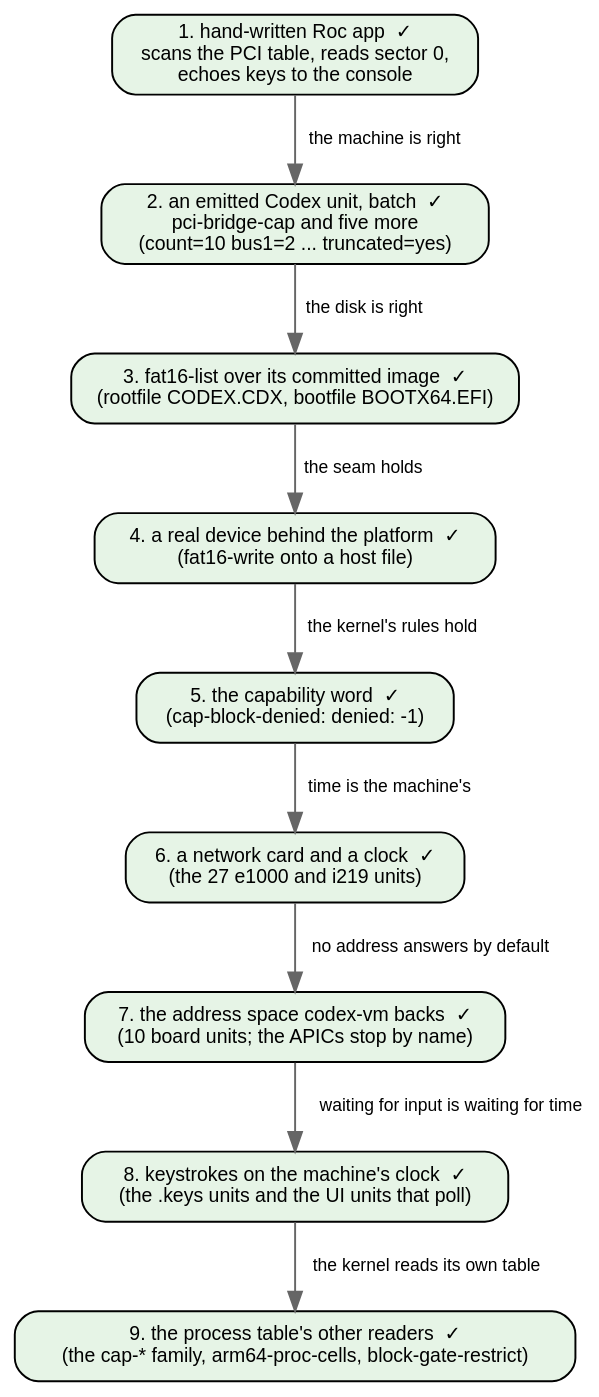
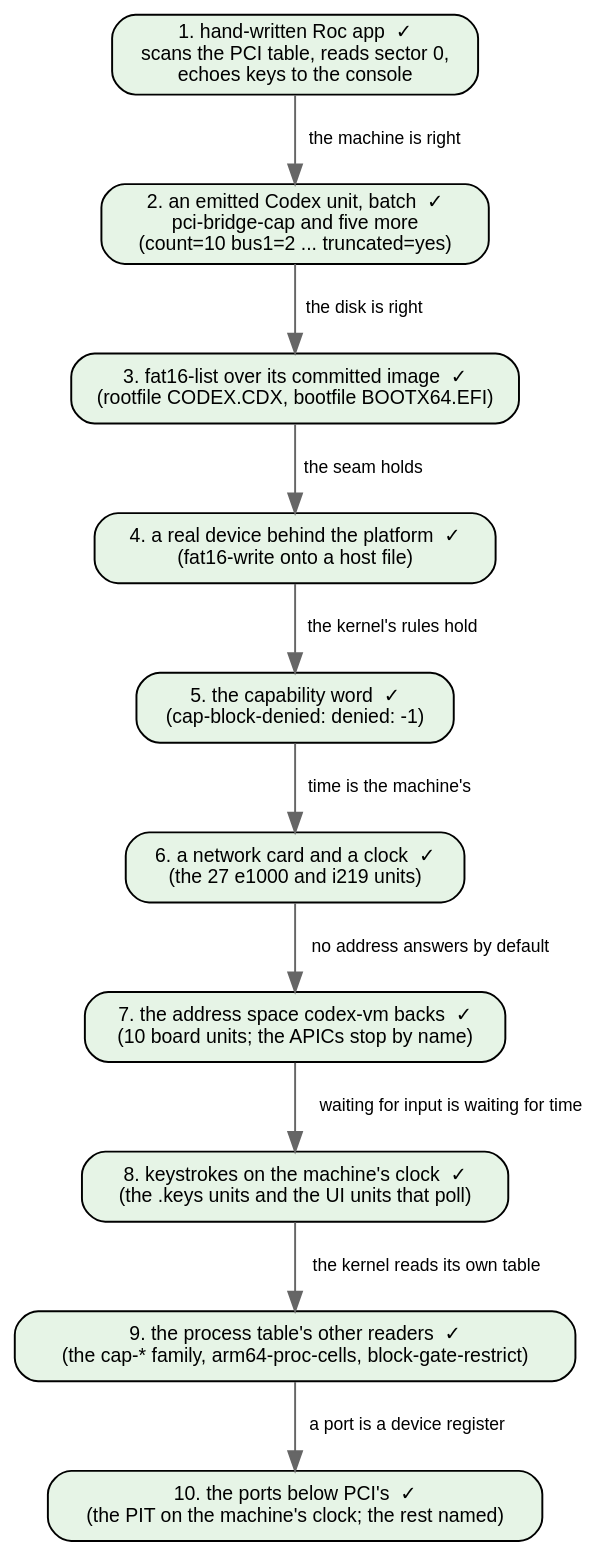
Before and after one commit to showell/essay-repl-server: diagram 11 of 11 in notes/roc-machine-emulator.md, drawn with Graphviz. The commit also changed other lines of this file, not shown here.

First line of the commit message:
roc-machine-emulator: step 10, the ports below PCI's

````diff
--- a/notes/roc-machine-emulator.md
+++ b/notes/roc-machine-emulator.md
@@ -726,25 +767,27 @@
 ```dot
 digraph demo {
   rankdir=TB; bgcolor="transparent";
   node [shape=box style="rounded,filled" fontname="Helvetica" fontsize=10 fillcolor="#ffffff"];
   edge [fontname="Helvetica" fontsize=9 color="#666666"];
 
   a [label="1. hand-written Roc app  ✓\nscans the PCI table, reads sector 0,\nechoes keys to the console" fillcolor="#e6f4e6"];
   b [label="2. an emitted Codex unit, batch  ✓\npci-bridge-cap and five more\n(count=10 bus1=2 ... truncated=yes)" fillcolor="#e6f4e6"];
   c [label="3. fat16-list over its committed image  ✓\n(rootfile CODEX.CDX, bootfile BOOTX64.EFI)" fillcolor="#e6f4e6"];
   d [label="4. a real device behind the platform  ✓\n(fat16-write onto a host file)" fillcolor="#e6f4e6"];
   e [label="5. the capability word  ✓\n(cap-block-denied: denied: -1)" fillcolor="#e6f4e6"];
   f [label="6. a network card and a clock  ✓\n(the 27 e1000 and i219 units)" fillcolor="#e6f4e6"];
   g [label="7. the address space codex-vm backs  ✓\n(10 board units; the APICs stop by name)" fillcolor="#e6f4e6"];
   h [label="8. keystrokes on the machine's clock  ✓\n(the .keys units and the UI units that poll)" fillcolor="#e6f4e6"];
   i [label="9. the process table's other readers  ✓\n(the cap-* family, arm64-proc-cells, block-gate-restrict)" fillcolor="#e6f4e6"];
+  j [label="10. the ports below PCI's  ✓\n(the PIT on the machine's clock; the rest named)" fillcolor="#e6f4e6"];
   a -> b [label="the machine is right"];
   b -> c [label="the disk is right"];
   c -> d [label="the seam holds"];
   d -> e [label="the kernel's rules hold"];
   e -> f [label="time is the machine's"];
   f -> g [label="no address answers by default"];
   g -> h [label="waiting for input is waiting for time"];
   h -> i [label="the kernel reads its own table"];
+  i -> j [label="a port is a device register"];
 }
 ```
````
